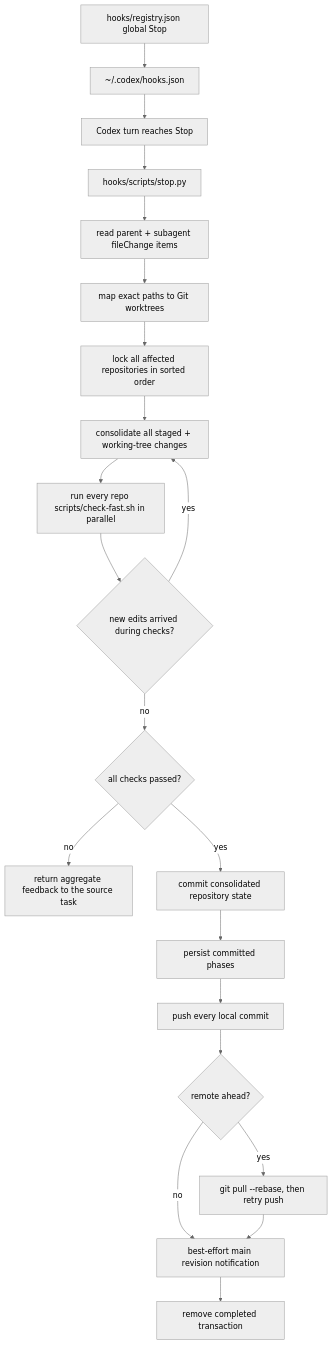
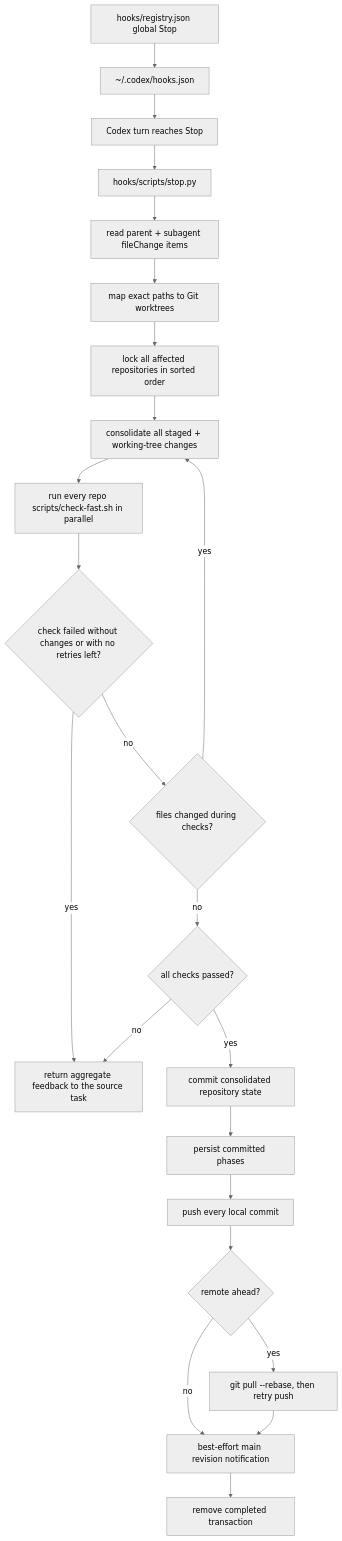
Before and after one commit to wisdom-in-a-nutshell/agents: the fifth of 5 diagrams in docs/architecture/codex-control-plane-script-flows.md, drawn with Mermaid (neutral theme). The commit also changed other lines of this file and 4 other files, not shown here.

````diff
--- a/docs/architecture/codex-control-plane-script-flows.md
+++ b/docs/architecture/codex-control-plane-script-flows.md
@@ -113,23 +113,25 @@
 ```mermaid
 flowchart TD
     A["hooks/registry.json global Stop"] --> B["~/.codex/hooks.json"]
     B --> C["Codex turn reaches Stop"]
     C --> D["hooks/scripts/stop.py"]
     D --> E["read parent + subagent fileChange items"]
     E --> F["map exact paths to Git worktrees"]
     F --> G["lock all affected repositories in sorted order"]
     G --> H["consolidate all staged + working-tree changes"]
     H --> I["run every repo scripts/check-fast.sh in parallel"]
-    I --> J{"new edits arrived during checks?"}
+    I --> V{"check failed without changes or with no retries left?"}
+    V -->|"yes"| L["return aggregate feedback to the source task"]
+    V -->|"no"| J{"files changed during checks?"}
     J -->|"yes"| H
     J -->|"no"| K{"all checks passed?"}
-    K -->|"no"| L["return aggregate feedback to the source task"]
+    K -->|"no"| L
     K -->|"yes"| M["commit consolidated repository state"]
     M --> N["persist committed phases"]
     N --> O["push every local commit"]
     O --> P{"remote ahead?"}
     P -->|"yes"| Q["git pull --rebase, then retry push"]
     P -->|"no"| R["best-effort main revision notification"]
     Q --> R
     R --> S["remove completed transaction"]
 ```
````
